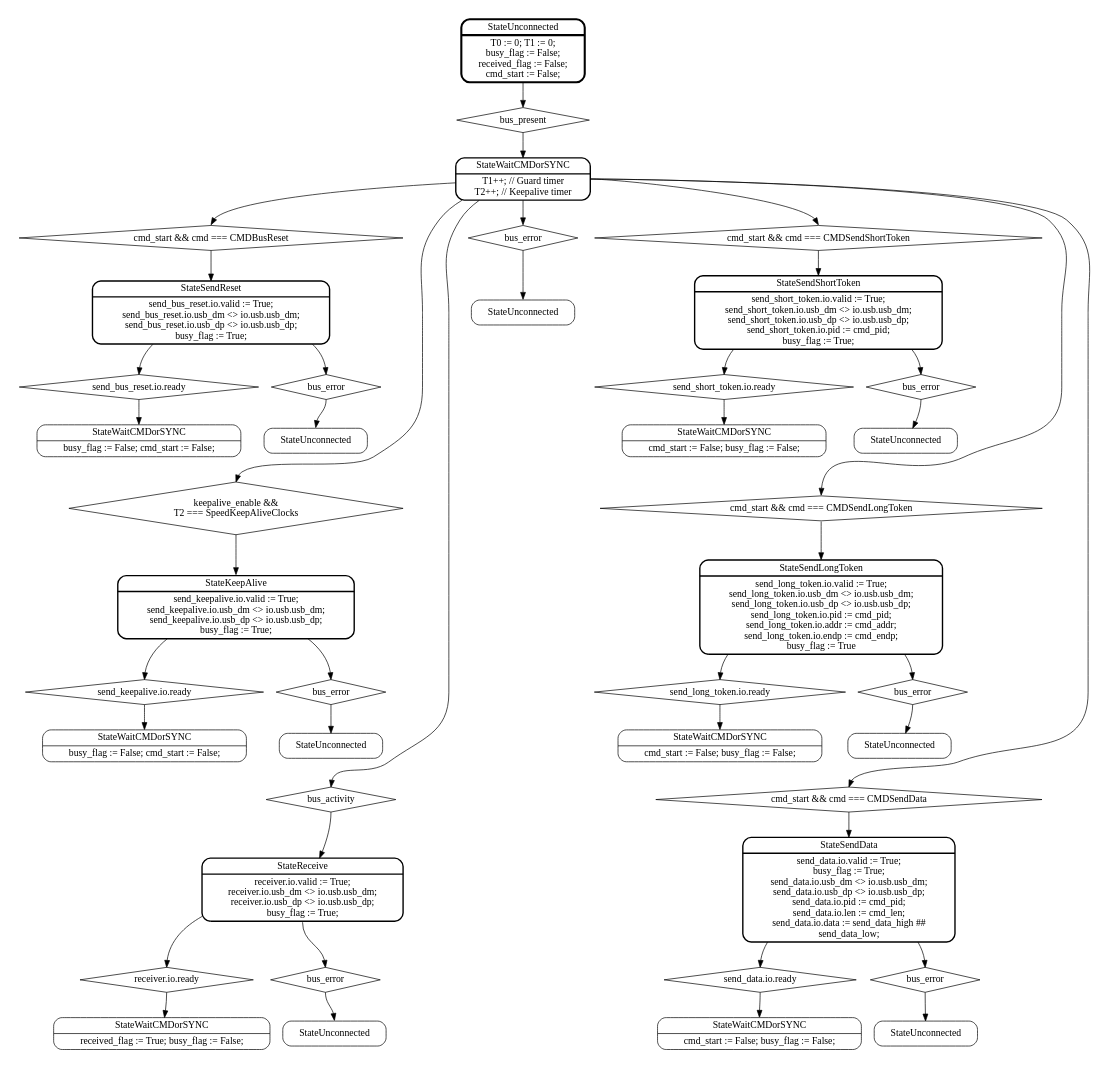
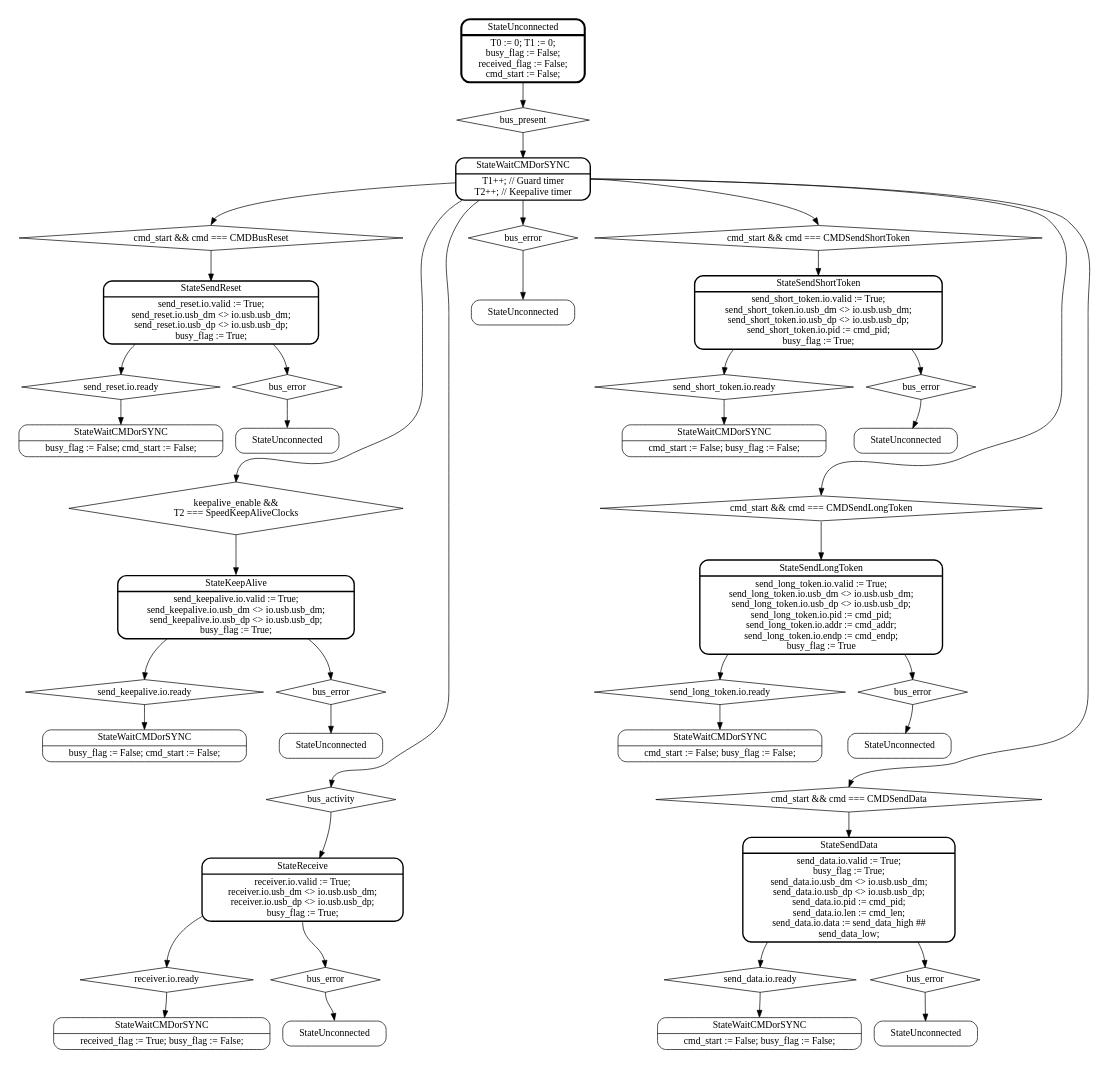
One commit to pointcheck/KarnixSOC changed the diagram in doc/graphs/USB10/USBMain.dot. Above: the diagram before and after it, drawn with Graphviz. The commit also changed 26 other files, not shown here.

Commit message:
USB10: Updated FSM diagrams, added new USBSendReset and USBKeepAlive

```diff
--- a/doc/graphs/USB10/USBMain.dot
+++ b/doc/graphs/USB10/USBMain.dot
@@ -1,75 +1,75 @@
 digraph USBMain {
 
 	//labelloc="t";
 	//label="USB 1.0 Controller Main FSM";
 	rankdir=TB; // Layout from top to bottom
 	node [shape=Mrecord]; // Shape of the nodes - rounded rect
 	//graph [splines = ortho]; // Orthogonal edges
 
 	subgraph cluster_0 {
 		rankdir = TB;
 		color = invis;
 		label = "";
 		StateUnconnected [penwidth=3, label = "{StateUnconnected|T0 := 0; T1 := 0;\nbusy_flag := False;\nreceived_flag := False;\ncmd_start := False;}"];
 		StateWaitCMDorSYNC [penwidth=2, label = "{StateWaitCMDorSYNC|T1++; // Guard timer\nT2++; // Keepalive timer}"];
 		StateUnconnected -> StateWaitCMDorSYNC0; StateWaitCMDorSYNC0 [shape = diamond, label = "bus_present" ]; StateWaitCMDorSYNC0:s -> StateWaitCMDorSYNC;
 	}
 	
 	subgraph cluster_1 {
 		rankdir = TB;
 		color = invis;
 		label = "";
 	
 		StateWaitCMDorSYNC -> StateSendReset0:n;
-		StateSendReset [penwidth=2, label = "{StateSendReset|send_bus_reset.io.valid := True;\nsend_bus_reset.io.usb_dm \<\> io.usb.usb_dm;\nsend_bus_reset.io.usb_dp \<\> io.usb.usb_dp;\nbusy_flag := True;}"];
-		StateSendReset -> StateWaitCMDorSYNC2:n; StateWaitCMDorSYNC2 [shape = diamond, label = "send_bus_reset.io.ready"]; StateWaitCMDorSYNC2:s -> StateWaitCMDorSYNC22:n; StateWaitCMDorSYNC22 [label = "{StateWaitCMDorSYNC|busy_flag := False; cmd_start := False;\n}"];
+		StateSendReset [penwidth=2, label = "{StateSendReset|send_reset.io.valid := True;\nsend_reset.io.usb_dm \<\> io.usb.usb_dm;\nsend_reset.io.usb_dp \<\> io.usb.usb_dp;\nbusy_flag := True;}"];
+		StateSendReset -> StateWaitCMDorSYNC2:n; StateWaitCMDorSYNC2 [shape = diamond, label = "send_reset.io.ready"]; StateWaitCMDorSYNC2:s -> StateWaitCMDorSYNC22:n; StateWaitCMDorSYNC22 [label = "{StateWaitCMDorSYNC|busy_flag := False; cmd_start := False;\n}"];
 		StateSendReset-> StateUnconnected3:n; StateUnconnected3 [shape = diamond, label = "bus_error"]; StateUnconnected3:s -> StateUnconnected32:n; StateUnconnected32 [label = "StateUnconnected"];
 		StateUnconnected32:s -> StateKeepAlive0 [style = invis];
 		StateSendReset0:s -> StateSendReset;
 	 	StateSendReset0 [ shape = diamond, label = "cmd_start && cmd === CMDBusReset" ];
 	
 		StateWaitCMDorSYNC -> StateKeepAlive0:n; StateKeepAlive0 [shape = diamond, label = "keepalive_enable &&\nT2 === SpeedKeepAliveClocks"]; StateKeepAlive0:s -> StateKeepAlive:n;
 		StateKeepAlive -> StateWaitCMDorSYNC1:n; StateWaitCMDorSYNC1 [shape = diamond, label = "send_keepalive.io.ready"]; StateWaitCMDorSYNC1:s -> StateWaitCMDorSYNC12:n; StateWaitCMDorSYNC12 [label = "{StateWaitCMDorSYNC|busy_flag := False; cmd_start := False;}"];
 		StateKeepAlive -> StateUnconnected1:n; StateUnconnected1 [shape = diamond, label = "bus_error"]; StateUnconnected1:s -> StateUnconnected12; StateUnconnected12 [label = "StateUnconnected"];
 		StateKeepAlive [penwidth=2, label = "{StateKeepAlive|send_keepalive.io.valid := True;\nsend_keepalive.io.usb_dm \<\> io.usb.usb_dm;\nsend_keepalive.io.usb_dp \<\> io.usb.usb_dp;\nbusy_flag := True;}" ]; 
 		StateUnconnected12:s -> StateReceive0 [style = invis];
 	
 		StateWaitCMDorSYNC -> StateReceive0:n; StateReceive0 [ shape = diamond, label = "bus_activity" ]; StateReceive0:s -> StateReceive; StateReceive [penwidth=2, label = "{StateReceive|receiver.io.valid := True;\nreceiver.io.usb_dm \<\> io.usb.usb_dm;\nreceiver.io.usb_dp \<\> io.usb.usb_dp;\nbusy_flag := True;}"];
 		StateReceive -> StateWaitCMDorSYNC3:n; StateWaitCMDorSYNC3 [shape = diamond, label = "receiver.io.ready"]; StateWaitCMDorSYNC3:s -> StateWaitCMDorSYNC32; StateWaitCMDorSYNC32 [label = "{StateWaitCMDorSYNC|received_flag := True; busy_flag := False;}"];
 		StateReceive:s -> StateUnconnected4:n; StateUnconnected4 [shape = diamond, label = "bus_error"];
 		StateUnconnected4:s -> StateUnconnected42:n; StateUnconnected42 [label = "StateUnconnected"];
 	
 	}
 	
 	subgraph cluster_2 {
 		color = invis;
 		label = "";
 		StateWaitCMDorSYNC -> StateUnconnected2:n; StateUnconnected2:s -> StateUnconnected123:n; StateUnconnected2 [ shape = diamond, label = "bus_error"]; StateUnconnected123 [label = "{StateUnconnected}"];
 	}
 	
 	
 	subgraph cluster_3 {
 		color = invis;
 		label = "";
 	
 		StateWaitCMDorSYNC:e -> StateSendData0:n; StateSendData0 [ shape = diamond, label = "cmd_start && cmd === CMDSendData" ]; StateSendData0:s -> StateSendData; StateSendData [penwidth=2, label = "{StateSendData|send_data.io.valid := True;\nbusy_flag := True;\nsend_data.io.usb_dm \<\> io.usb.usb_dm;\nsend_data.io.usb_dp \<\> io.usb.usb_dp;\nsend_data.io.pid := cmd_pid;\nsend_data.io.len := cmd_len;\nsend_data.io.data := send_data_high ##\n  send_data_low;}"];
 		StateWaitCMDorSYNC:e -> StateSendShortToken0:n; StateSendShortToken0 [ shape = diamond, label = "cmd_start && cmd === CMDSendShortToken" ]; StateSendShortToken0:s -> StateSendShortToken; StateSendShortToken [penwidth=2, label = "{StateSendShortToken|send_short_token.io.valid := True;\nsend_short_token.io.usb_dm \<\> io.usb.usb_dm;\nsend_short_token.io.usb_dp \<\> io.usb.usb_dp;\nsend_short_token.io.pid := cmd_pid;\nbusy_flag := True;}"];
 		StateWaitCMDorSYNC:e -> StateSendLongToken0:n; StateSendLongToken0 [ shape = diamond, label = "cmd_start && cmd === CMDSendLongToken" ]; StateSendLongToken0:s -> StateSendLongToken:n; StateSendLongToken [penwidth=2, label = "{StateSendLongToken|send_long_token.io.valid := True;\nsend_long_token.io.usb_dm \<\>\ io.usb.usb_dm;\nsend_long_token.io.usb_dp \<\> io.usb.usb_dp;\nsend_long_token.io.pid := cmd_pid;\nsend_long_token.io.addr := cmd_addr;\nsend_long_token.io.endp := cmd_endp;\nbusy_flag := True}"];
 	
 	
 		StateSendShortToken -> StateWaitCMDorSYNC5:n; StateWaitCMDorSYNC5 [shape = diamond, label = "send_short_token.io.ready"]; StateWaitCMDorSYNC5:s -> StateWaitCMDorSYNC52:n; StateWaitCMDorSYNC52 [label = "{StateWaitCMDorSYNC|cmd_start := False; busy_flag := False;}"];
 		StateSendShortToken -> StateUnconnected6:n; StateUnconnected6 [shape = diamond, label = "bus_error"]; StateUnconnected6:s -> StateUnconnected62; StateUnconnected62 [label = "StateUnconnected"];
 	
 	
 		StateSendData -> StateWaitCMDorSYNC4:n; StateWaitCMDorSYNC4 [shape = diamond, label = "send_data.io.ready"]; StateWaitCMDorSYNC4:s -> StateWaitCMDorSYNC42:n; StateWaitCMDorSYNC42 [label = "{StateWaitCMDorSYNC|cmd_start := False; busy_flag := False;}"];
 		StateSendData -> StateUnconnected5:n; StateUnconnected5 [shape = diamond, label = "bus_error"]; StateUnconnected5:s -> StateUnconnected52; StateUnconnected52 [label = "StateUnconnected"];
 	
 	
 		StateSendLongToken -> StateWaitCMDorSYNC6:n; StateWaitCMDorSYNC6 [shape = diamond, label = "send_long_token.io.ready"]; StateWaitCMDorSYNC6:s -> StateWaitCMDorSYNC62:n; StateWaitCMDorSYNC62 [label = "{StateWaitCMDorSYNC|cmd_start := False; busy_flag := False;}"];
 		StateSendLongToken -> StateUnconnected7:n; StateUnconnected7 [shape = diamond, label = "bus_error"]; StateUnconnected7:s -> StateUnconnected72; StateUnconnected72 [label = "StateUnconnected"];
 	
 		StateUnconnected62 -> StateSendLongToken0 [style = invis];
 		StateUnconnected72 -> StateSendData0 [style = invis]
 	}
 
 }
```
